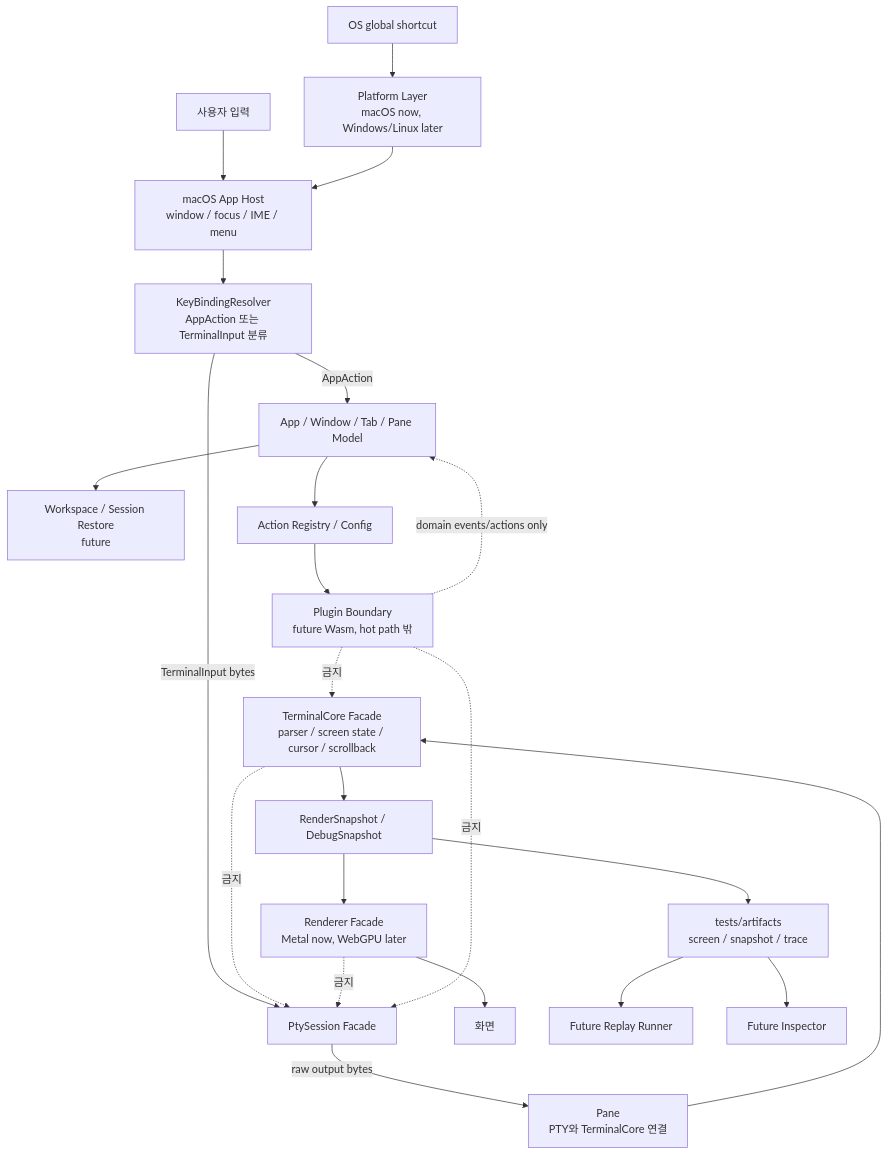
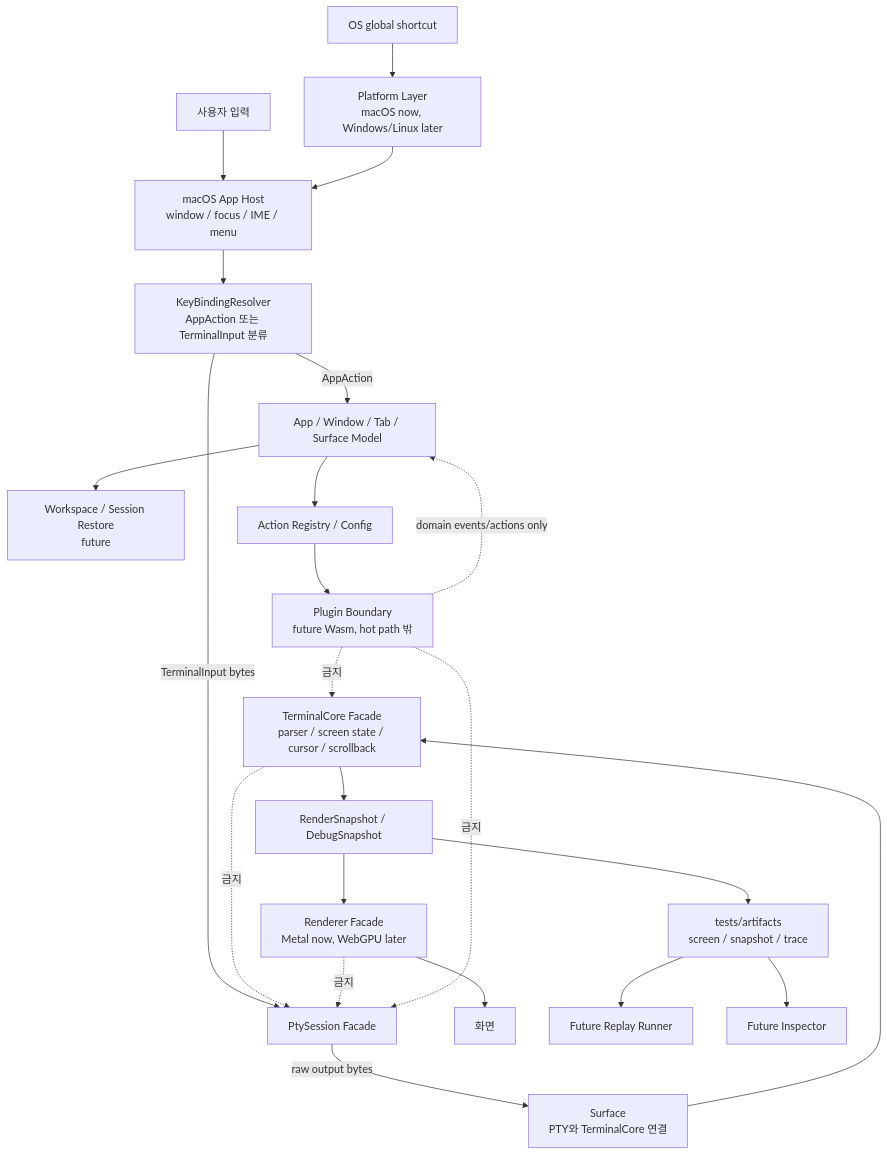
The diagram in docs/architecture.md (ohah/maru), drawn with Mermaid before and after one commit. The commit also changed other lines of this file and 10 other files, not shown here.

First line of the commit message:
refactor: rename TerminalSession/Pane to Surface across code and docs

````diff
--- a/docs/architecture.md
+++ b/docs/architecture.md
@@ -37,32 +37,32 @@
 ```mermaid
 flowchart TD
     User[사용자 입력] --> AppHost[macOS App Host<br/>window / focus / IME / menu]
     GlobalShortcut[OS global shortcut] --> Platform[Platform Layer<br/>macOS now, Windows/Linux later]
     Platform --> AppHost
 
     AppHost --> Resolver[KeyBindingResolver<br/>AppAction 또는 TerminalInput 분류]
-    Resolver -->|AppAction| AppModel[App / Window / Tab / Pane Model]
+    Resolver -->|AppAction| AppModel[App / Window / Tab / Surface Model]
     Resolver -->|TerminalInput bytes| PtySession[PtySession Facade]
 
-    PtySession -->|raw output bytes| Pane[Pane<br/>PTY와 TerminalCore 연결]
-    Pane --> TerminalCore[TerminalCore Facade<br/>parser / screen state / cursor / scrollback]
+    PtySession -->|raw output bytes| Surface[Surface<br/>PTY와 TerminalCore 연결]
+    Surface --> TerminalCore[TerminalCore Facade<br/>parser / screen state / cursor / scrollback]
     TerminalCore --> Snapshot[RenderSnapshot / DebugSnapshot]
 
     Snapshot --> Renderer[Renderer Facade<br/>Metal now, WebGPU later]
     Renderer --> Screen[화면]
 
     Snapshot --> Artifacts[tests/artifacts<br/>screen / snapshot / trace]
     Artifacts --> Replay[Future Replay Runner]
     Artifacts --> Inspector[Future Inspector]
 
     AppModel --> Workspace[Workspace / Session Restore<br/>future]
     AppModel --> ActionRegistry[Action Registry / Config]
     ActionRegistry --> PluginBoundary[Plugin Boundary<br/>future Wasm, hot path 밖]
 
     PluginBoundary -.domain events/actions only.-> AppModel
 
     TerminalCore -.금지.-> PtySession
     Renderer -.금지.-> PtySession
     PluginBoundary -.금지.-> TerminalCore
     PluginBoundary -.금지.-> PtySession
 ```
````
